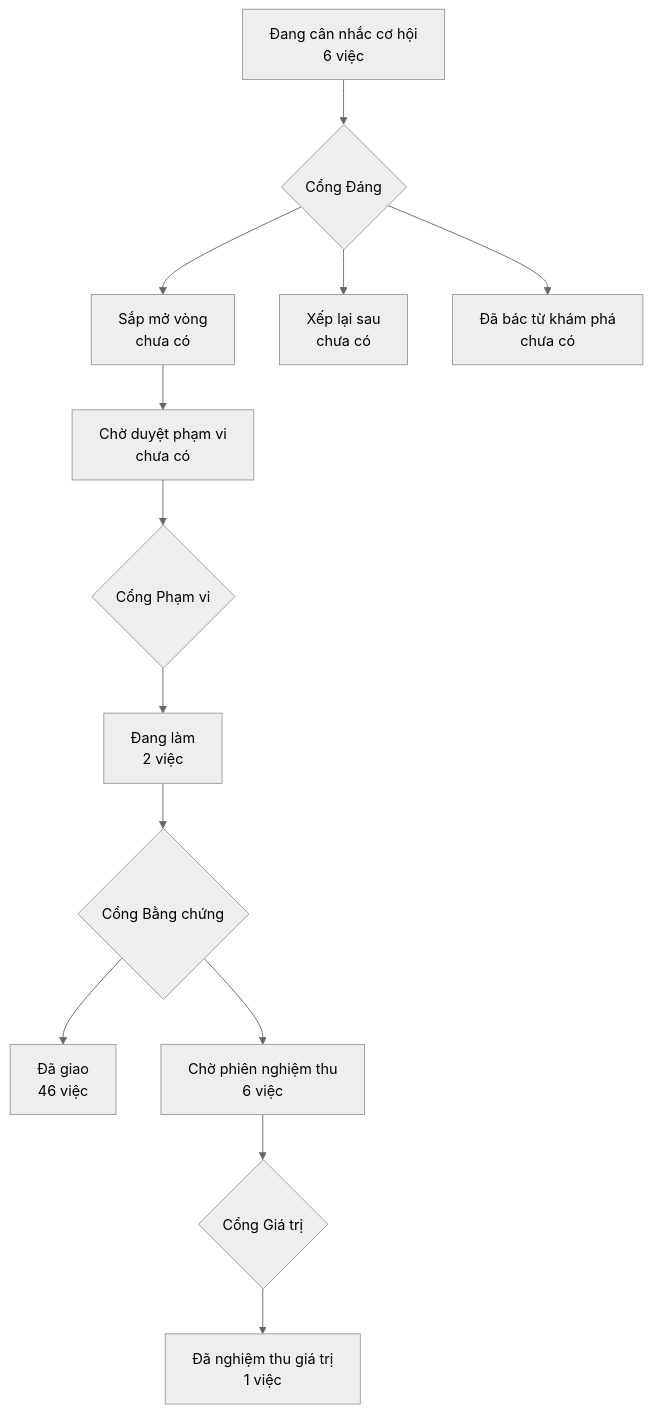
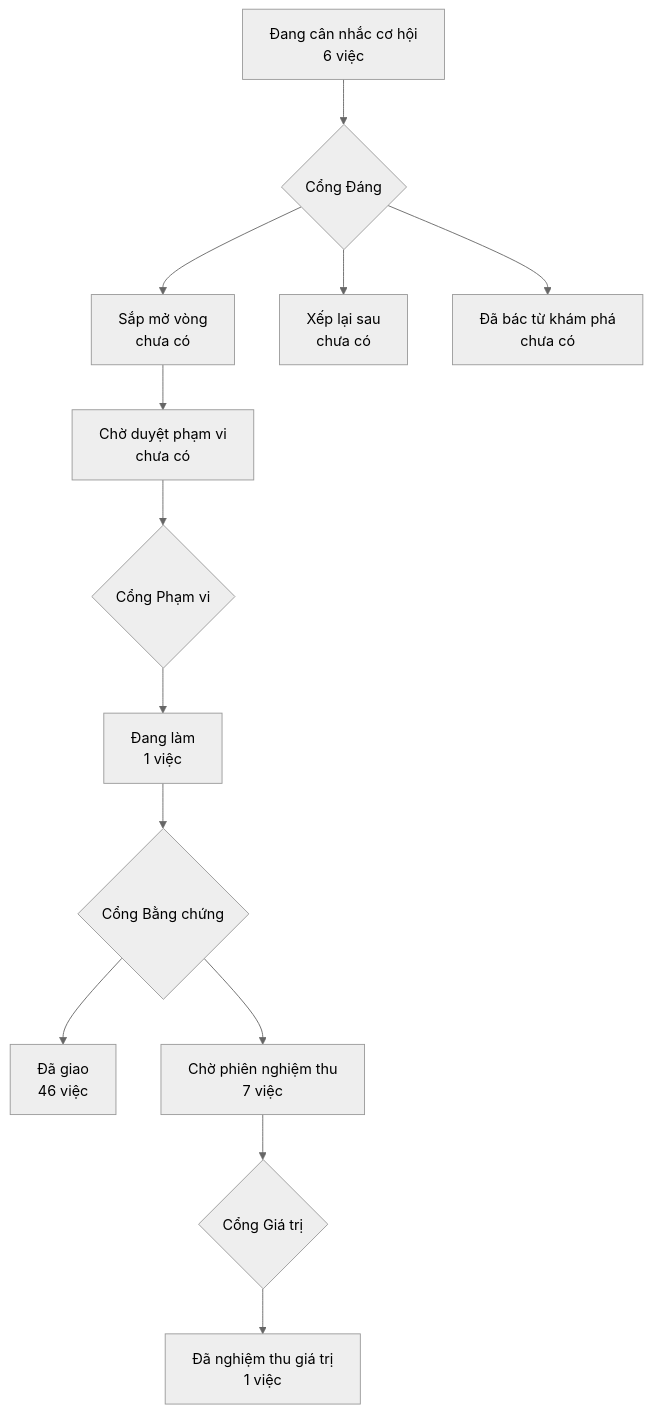
One commit to phanlemanh/crm-onehub changed the diagram in PRODUCT-MAP.md. Above: the diagram before and after it, drawn with Mermaid (neutral theme). The commit also changed 4 other files, not shown here.

````diff
--- a/PRODUCT-MAP.md
+++ b/PRODUCT-MAP.md
@@ -6,12 +6,12 @@
 ```mermaid
 flowchart TD
   A["Đang cân nhắc cơ hội<br/>6 việc"] --> GD{"Cổng Đáng"}
   GD --> B["Sắp mở vòng<br/>chưa có"]
   GD --> XL["Xếp lại sau<br/>chưa có"]
   GD --> DB["Đã bác từ khám phá<br/>chưa có"]
   B --> CD["Chờ duyệt phạm vi<br/>chưa có"] --> GP{"Cổng Phạm vi"}
-  GP --> DL["Đang làm<br/>2 việc"] --> GB{"Cổng Bằng chứng"}
+  GP --> DL["Đang làm<br/>1 việc"] --> GB{"Cổng Bằng chứng"}
   GB --> DG["Đã giao<br/>46 việc"]
-  GB --> CN["Chờ phiên nghiệm thu<br/>6 việc"] --> GG{"Cổng Giá trị"}
+  GB --> CN["Chờ phiên nghiệm thu<br/>7 việc"] --> GG{"Cổng Giá trị"}
   GG --> NT["Đã nghiệm thu giá trị<br/>1 việc"]
 ```
````
